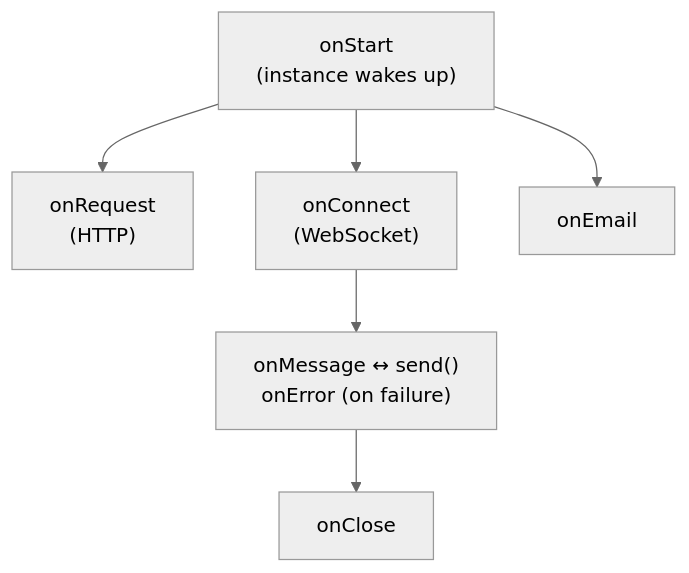
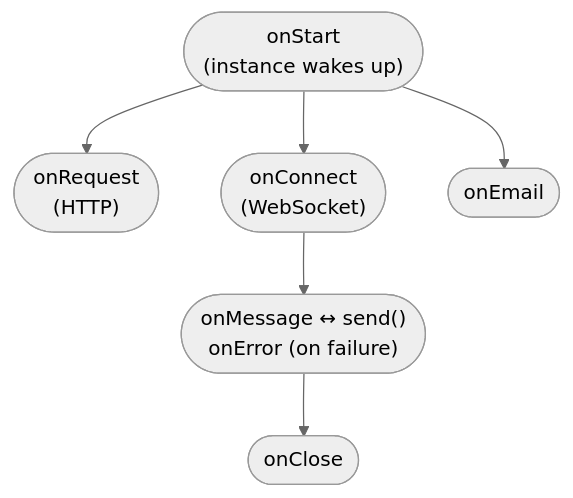
Before and after one commit to cloudflare/cloudflare-docs: the diagram in src/content/docs/agents/api-reference/agents-api.mdx, drawn with Mermaid (neutral theme). The commit also changed 2 other files, not shown here.

Commit message:
💄 Updates to the Mermaid Diagram styling

````diff
--- a/src/content/docs/agents/api-reference/agents-api.mdx
+++ b/src/content/docs/agents/api-reference/agents-api.mdx
@@ -47,8 +47,8 @@
 ```mermaid
 flowchart TD
-    A["onStart<br/>(instance wakes up)"] --> B["onRequest<br/>(HTTP)"]
-    A --> C["onConnect<br/>(WebSocket)"]
-    A --> D["onEmail"]
-    C --> E["onMessage ↔ send()<br/>onError (on failure)"]
-    E --> F["onClose"]
+    A(["onStart<br/>(instance wakes up)"]) --> B(["onRequest<br/>(HTTP)"])
+    A --> C(["onConnect<br/>(WebSocket)"])
+    A --> D(["onEmail"])
+    C --> E(["onMessage ↔ send()<br/>onError (on failure)"])
+    E --> F(["onClose"])
 ```
````
